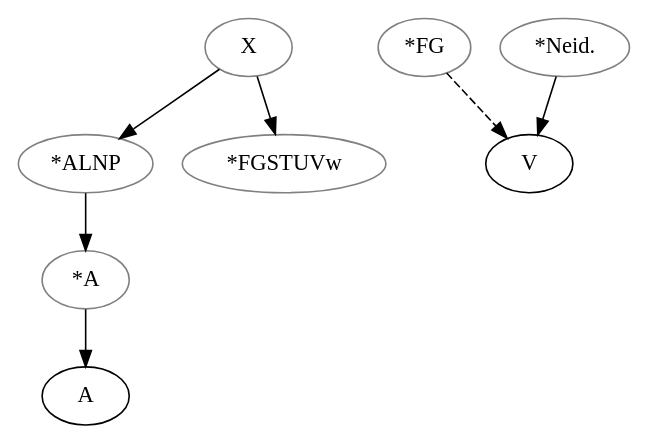
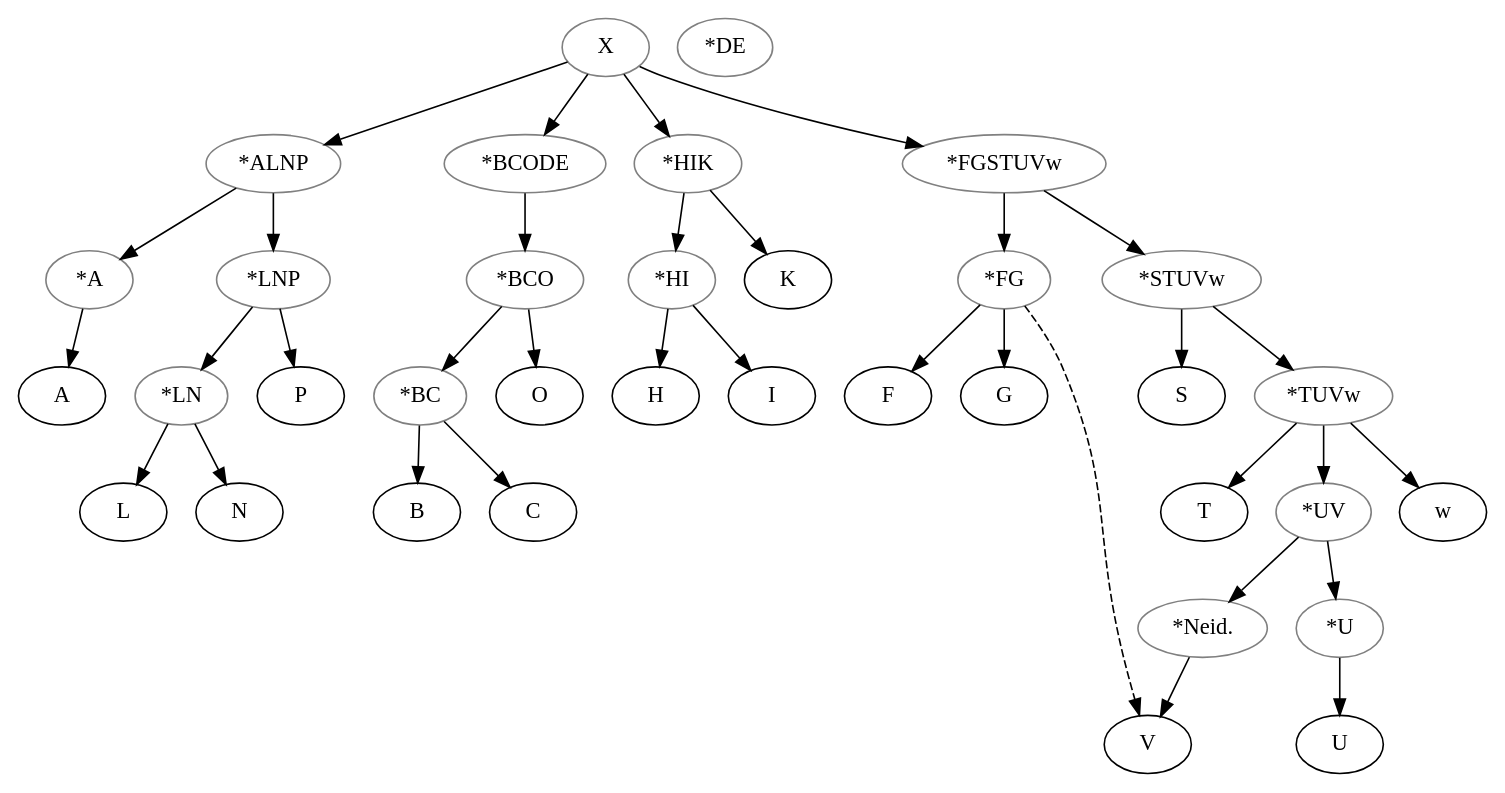
Before and after one commit to OpenStemmata/database: the diagram in data/gmh/Strippel_1978_KoeniginVonFrankreich/stemma.gv, drawn with Graphviz. The commit also changed 2 other files, not shown here.

```diff
--- a/data/gmh/Strippel_1978_KoeniginVonFrankreich/stemma.gv
+++ b/data/gmh/Strippel_1978_KoeniginVonFrankreich/stemma.gv
@@ -1,18 +1,62 @@
 digraph{
   X [color="grey"]
   ALNP [color="grey", label="*ALNP"]
   Astar [color="grey", label="*A"]
   
-  FGSTUVw [color="grey", label="*FGSTUVw"]
-  FG [color="grey", label="*FG"]
-  Neid [color="grey", label="*Neid."]
+
   
   X -> ALNP
   ALNP -> Astar # oral transmission
   Astar -> A
-  
-  
+  LNP[label="*LNP", color="grey"]
+  ALNP -> LNP
+  LN[label="*LN", color="grey"]
+  LNP -> LN
+  LN -> L
+  LN -> N 
+  LNP -> P
+
+  BCODE[label="*BCODE", color="grey"]
+  X -> BCODE
+  BCO[label="*BCO", color="grey"]
+  BCODE -> BCO 
+  BC[label="*BC", color="grey"]
+  BCO -> BC
+  BC -> B
+  BC -> C
+  BCO -> O # oral transmission
+
+  DE[label="*DE", color="grey"]
+
+  HIK[label="*HIK", color="grey"]
+  X -> HIK
+  HI[label="*HI", color="grey"]
+  HIK -> HI
+  HI -> H
+  HI -> I
+  HIK -> K    
+
+  FGSTUVw [color="grey", label="*FGSTUVw"]
   X -> FGSTUVw
+  FG [color="grey", label="*FG"]
+  FGSTUVw -> FG
+  FG -> F #oral transmission
+  FG -> G
+  STUVw[label="*STUVw", color="grey"]
+  FGSTUVw -> STUVw
+  STUVw -> S
+  TUVw[label="*TUVw", color="grey"]
+  STUVw -> TUVw
+  TUVw -> T
+  UV[label="*UV", color="grey"]
+  TUVw -> UV
+  TUVw -> w
+  U1[label="*U", color="grey"]
+  UV -> U1 #oral transmission
+  U1 -> U
+  Neid[color="grey", label="*Neid."]
+  UV -> Neid
   Neid -> V
   FG -> V [style="dashed"]
+   
 }
```
